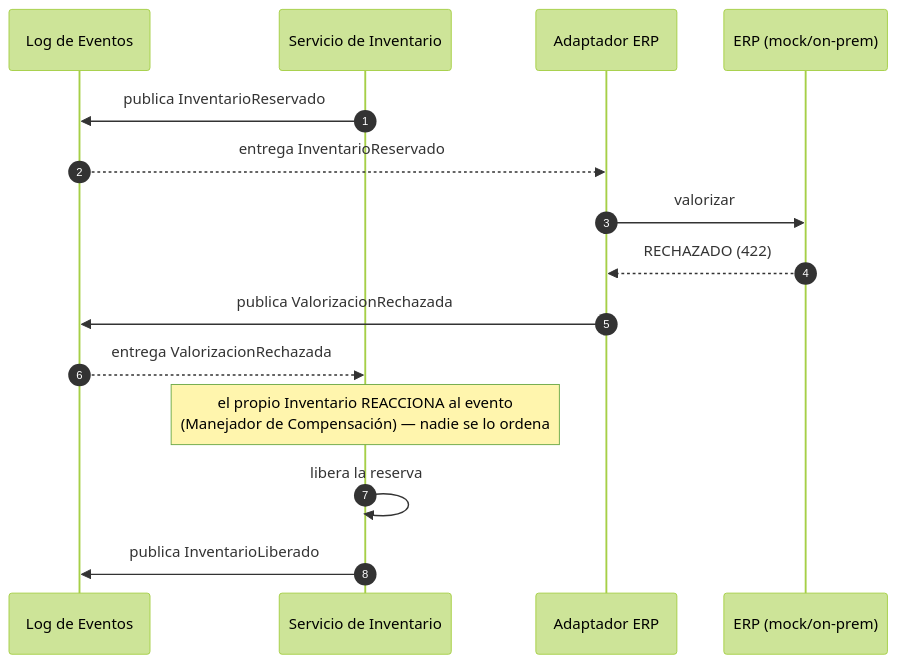
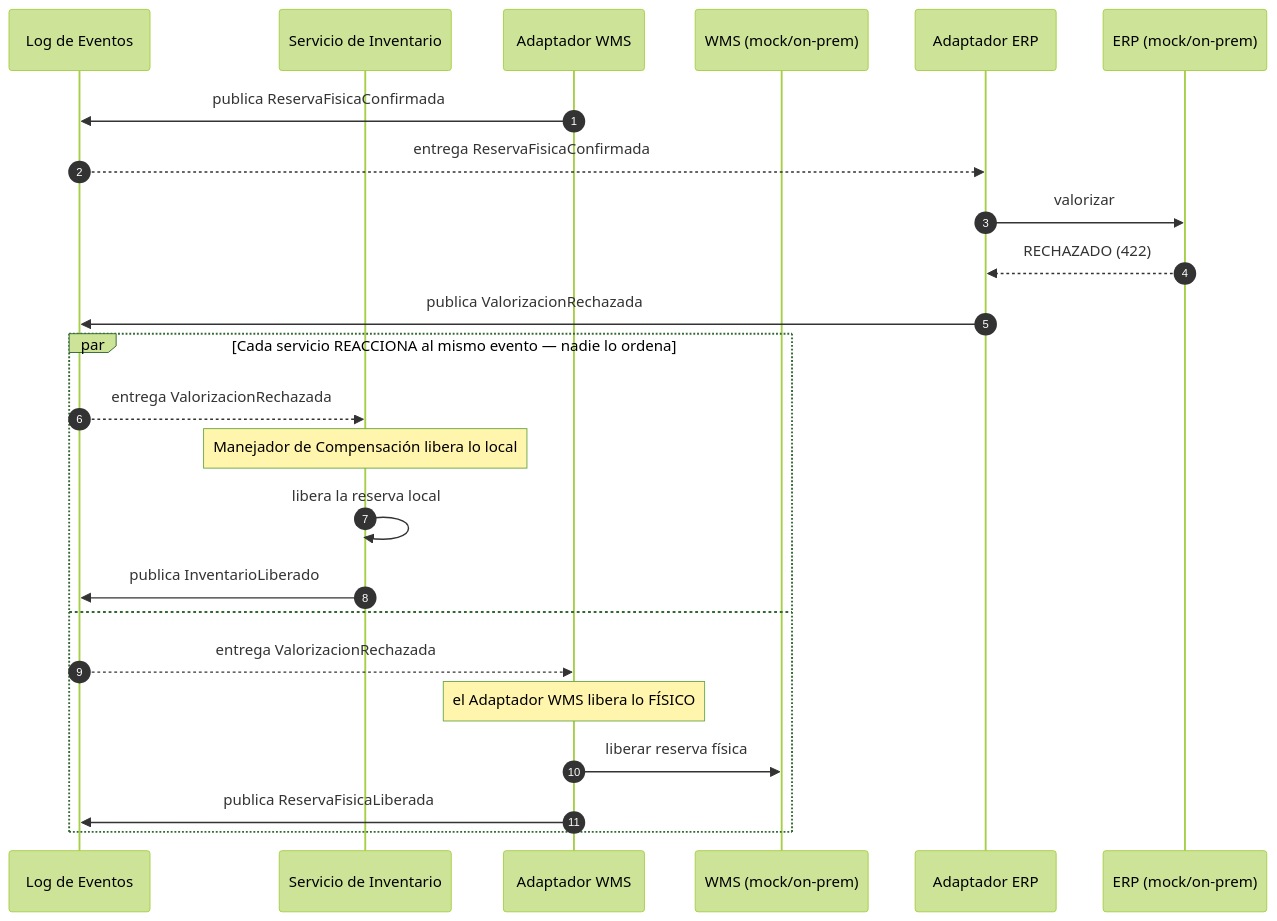
One commit to jbreategui/ruta-express changed the second of 2 diagrams in arquitectura/diseno_solucion/diagramas_secuencia/03_saga_B_coreografiada.md. Above: the diagram before and after it, drawn with Mermaid (forest theme). The commit also changed other lines of this file and 30 other files, not shown here.

Commit message:
Corregir coherencia de punta a punta (revision adversarial): compensacion WMS en diagramas, PNGs alineados con Mermaid, 409 de idempotencia, costos/alcance unificados, notas de seguridad honestas y ajustes menores

````diff
--- a/arquitectura/diseno_solucion/diagramas_secuencia/03_saga_B_coreografiada.md
+++ b/arquitectura/diseno_solucion/diagramas_secuencia/03_saga_B_coreografiada.md
@@ -30,18 +36,27 @@
 ```mermaid
 sequenceDiagram
     autonumber
     participant LOG as Log de Eventos
     participant INV as Servicio de Inventario
+    participant ADW as Adaptador WMS
+    participant WMS as WMS (mock/on-prem)
     participant ADE as Adaptador ERP
     participant ERP as ERP (mock/on-prem)
 
-    INV->>LOG: publica InventarioReservado
-    LOG-->>ADE: entrega InventarioReservado
+    ADW->>LOG: publica ReservaFisicaConfirmada
+    LOG-->>ADE: entrega ReservaFisicaConfirmada
     ADE->>ERP: valorizar
     ERP-->>ADE: RECHAZADO (422)
     ADE->>LOG: publica ValorizacionRechazada
-    LOG-->>INV: entrega ValorizacionRechazada
-    Note over INV: el propio Inventario REACCIONA al evento<br/>(Manejador de Compensación) — nadie se lo ordena
-    INV->>INV: libera la reserva
-    INV->>LOG: publica InventarioLiberado
+    par Cada servicio REACCIONA al mismo evento — nadie lo ordena
+        LOG-->>INV: entrega ValorizacionRechazada
+        Note over INV: Manejador de Compensación libera lo local
+        INV->>INV: libera la reserva local
+        INV->>LOG: publica InventarioLiberado
+    and
+        LOG-->>ADW: entrega ValorizacionRechazada
+        Note over ADW: el Adaptador WMS libera lo FÍSICO
+        ADW->>WMS: liberar reserva física
+        ADW->>LOG: publica ReservaFisicaLiberada
+    end
 ```
````
